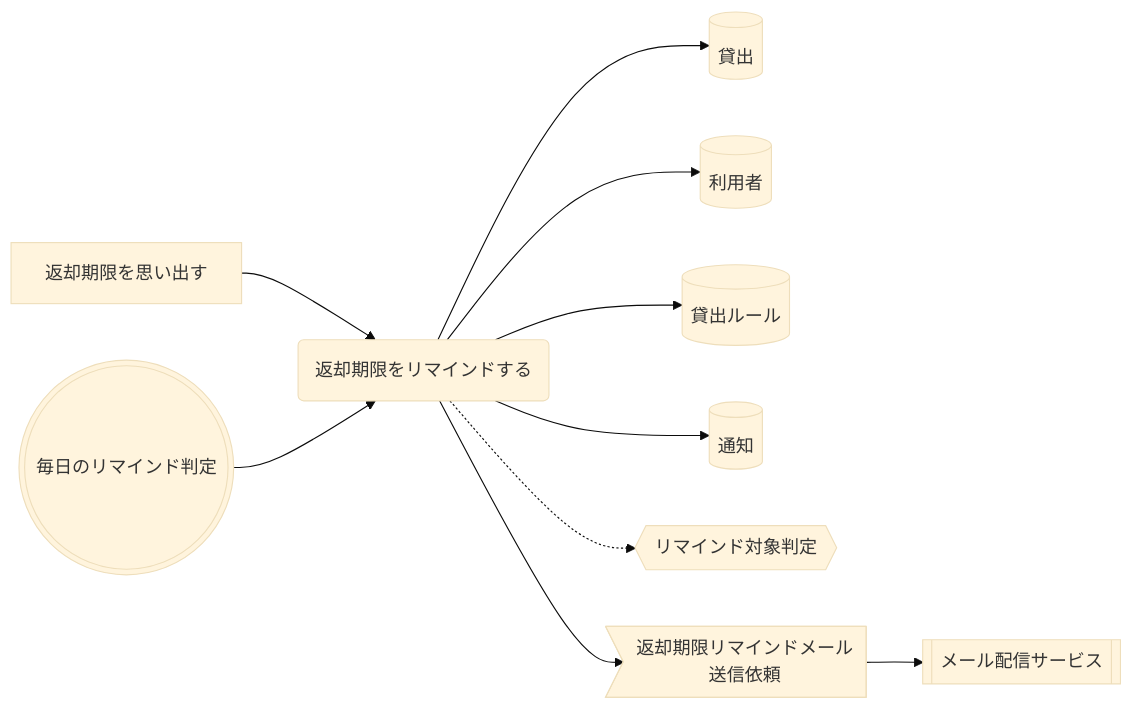
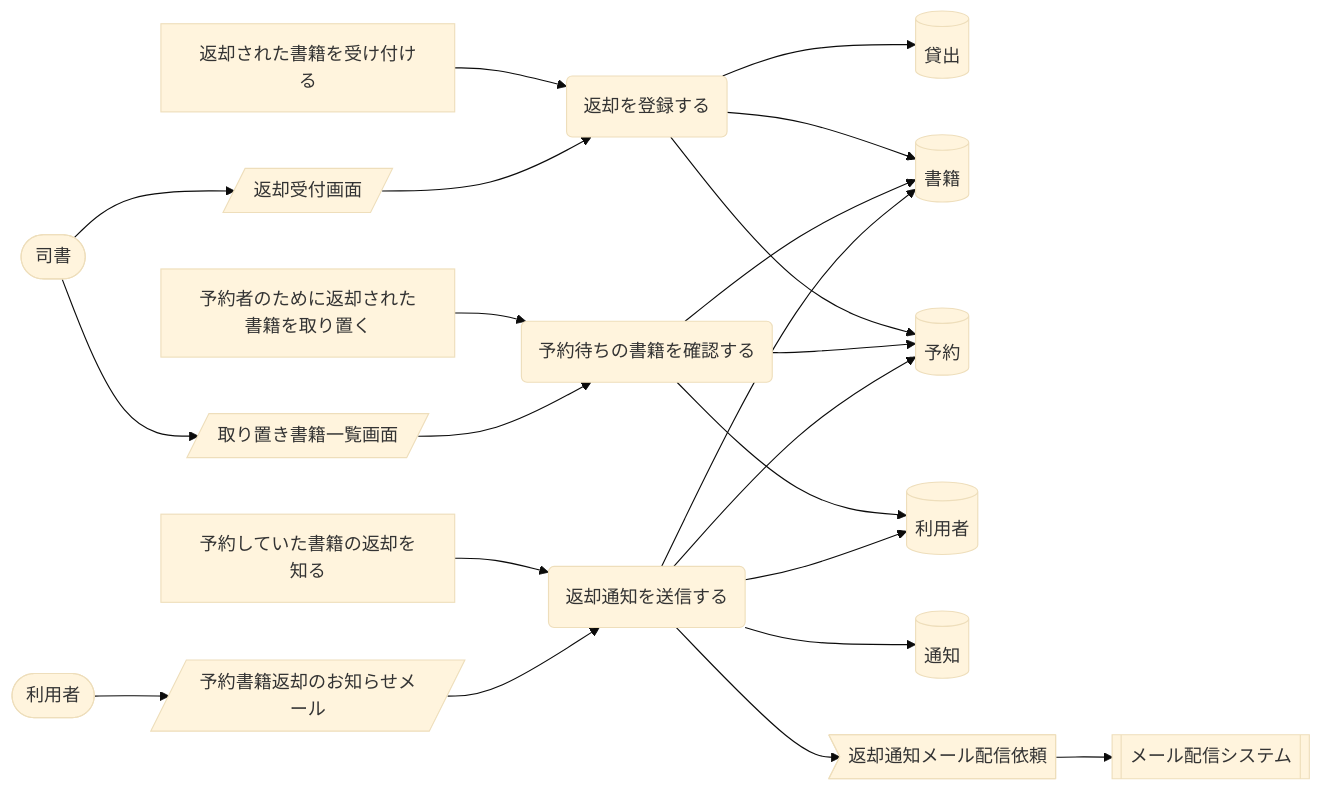
The sixth of 9 diagrams in samples/distillery2/library-loan/docs/requirements/rdra/views/04_UC複合図.md (suwa-sh/suwa-sh-claude-plugins), drawn with Mermaid (base theme) before and after one commit. The commit also changed other lines of this file and 249 other files, not shown here.

````diff
--- a/samples/distillery2/library-loan/docs/requirements/rdra/views/04_UC複合図.md
+++ b/samples/distillery2/library-loan/docs/requirements/rdra/views/04_UC複合図.md
@@ -298,22 +229,42 @@
 ```mermaid
 graph LR
-  UC1("返却期限をリマインドする")
-  AT1["返却期限を思い出す"]
+  UC1("返却を登録する")
+  AT1["返却された書籍を受け付ける"]
   IF1[("貸出")]
-  IF2[("利用者")]
-  IF3[("貸出ルール")]
-  IF4[("通知")]
-  CD1{{"リマインド対象判定"}}
-  TM1((("毎日のリマインド判定")))
-  EV1>"返却期限リマインドメール送信依頼"]
-  EX1[["メール配信サービス"]]
+  IF2[("書籍")]
+  IF3[("予約")]
+  SC1[/"返却受付画面"/]
+  AC1(["司書"])
+  UC2("予約待ちの書籍を確認する")
+  AT2["予約者のために返却された書籍を取り置く"]
+  IF4[("利用者")]
+  SC2[/"取り置き書籍一覧画面"/]
+  UC3("返却通知を送信する")
+  AT3["予約していた書籍の返却を知る"]
+  IF5[("通知")]
+  SC3[/"予約書籍返却のお知らせメール"/]
+  AC2(["利用者"])
+  EV1>"返却通知メール配信依頼"]
+  EX1[["メール配信システム"]]
   AT1 --> UC1
   UC1 --> IF1
   UC1 --> IF2
   UC1 --> IF3
-  UC1 --> IF4
-  UC1 -.-> CD1
-  TM1 --> UC1
-  UC1 --> EV1
+  AC1 --> SC1
+  SC1 --> UC1
+  AT2 --> UC2
+  UC2 --> IF2
+  UC2 --> IF3
+  UC2 --> IF4
+  AC1 --> SC2
+  SC2 --> UC2
+  AT3 --> UC3
+  UC3 --> IF3
+  UC3 --> IF4
+  UC3 --> IF2
+  UC3 --> IF5
+  AC2 --> SC3
+  SC3 --> UC3
+  UC3 --> EV1
   EV1 --> EX1
 ```
````
